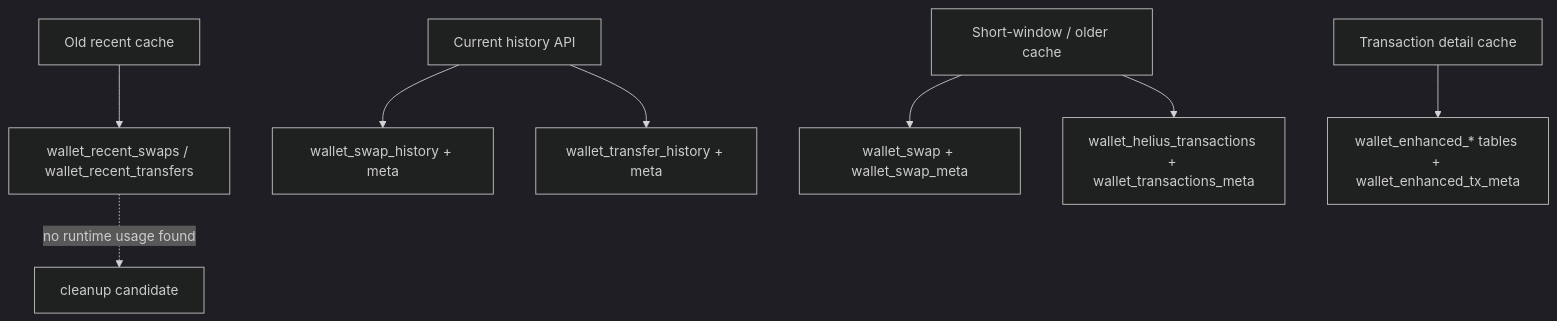
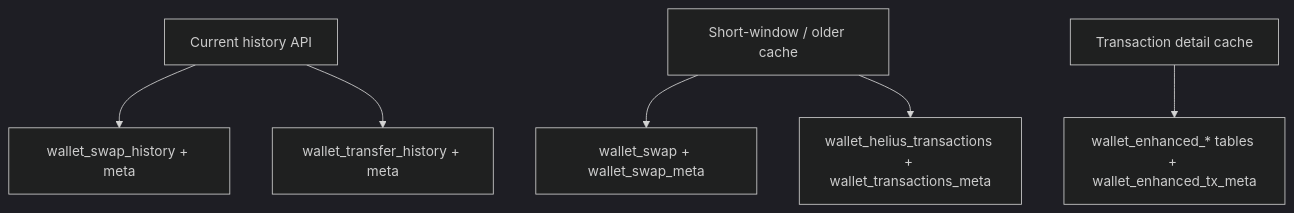
Before and after one commit to YocaHCMUS/Yoca: the second of 3 diagrams in docs/db/DB_SCHEMA_USAGE_AND_CLEANUP_REPORT.md, drawn with Mermaid (dark theme).

Commit message:
Update db report

````diff
--- a/docs/db/DB_SCHEMA_USAGE_AND_CLEANUP_REPORT.md
+++ b/docs/db/DB_SCHEMA_USAGE_AND_CLEANUP_REPORT.md
@@ -135,13 +135,10 @@
 ```mermaid
 flowchart TD
-  Old[Old recent cache] --> Recent[wallet_recent_swaps / wallet_recent_transfers]
-  Recent -. no runtime usage found .-> DropCandidate[cleanup candidate]
-
   CurrentHistory[Current history API] --> SwapHistory[wallet_swap_history + meta]
   CurrentHistory --> TransferHistory[wallet_transfer_history + meta]
 
   ShortWindow[Short-window / older cache] --> WalletSwap[wallet_swap + wallet_swap_meta]
   ShortWindow --> Helius[wallet_helius_transactions + wallet_transactions_meta]
 
   Detail[Transaction detail cache] --> Enhanced[wallet_enhanced_* tables + wallet_enhanced_tx_meta]
 ```
````
